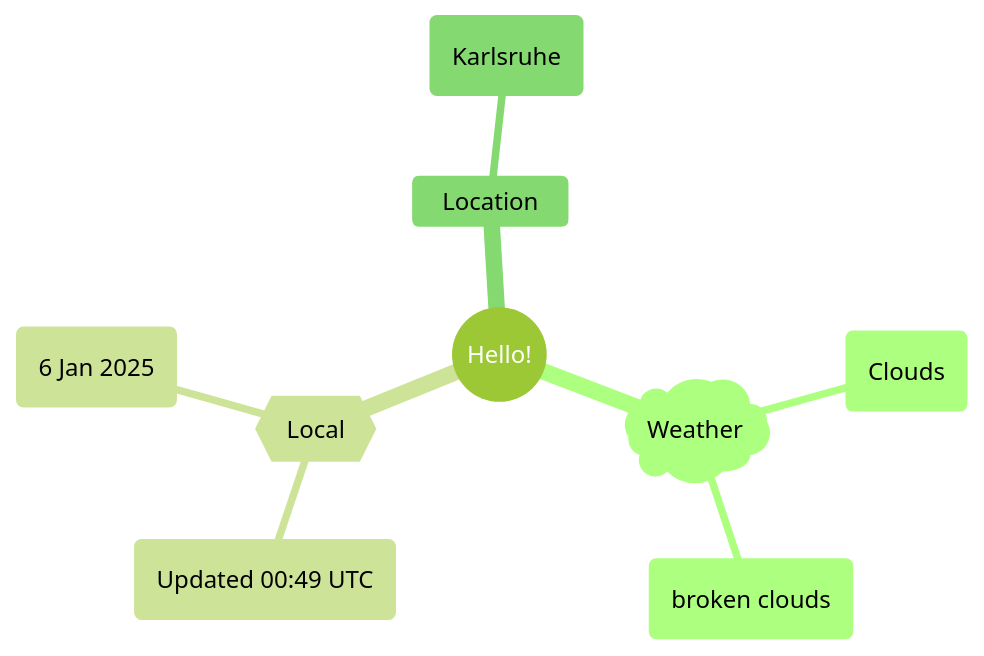
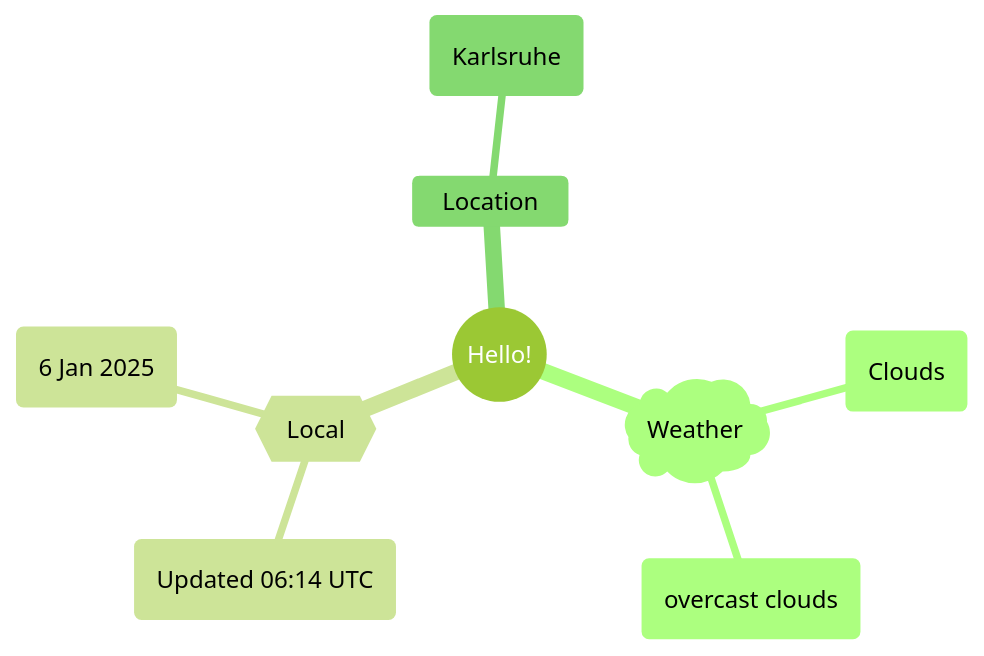
Before and after one commit to Xosrov/Xosrov: the first of 2 diagrams in README.md, drawn with Mermaid (forest theme).

Commit message:
[bot] updated images

````diff
--- a/README.md
+++ b/README.md
@@ -3,12 +3,12 @@
 ```mermaid
 mindmap
   root((Hello!))
     )Weather(
         (Clouds)
-        (broken clouds)
+        (overcast clouds)
     {{Local}}
-        (Updated 00:49 UTC)
+        (Updated 06:14 UTC)
         (6 Jan 2025)
     Location
         (Karlsruhe)
 ```
````
